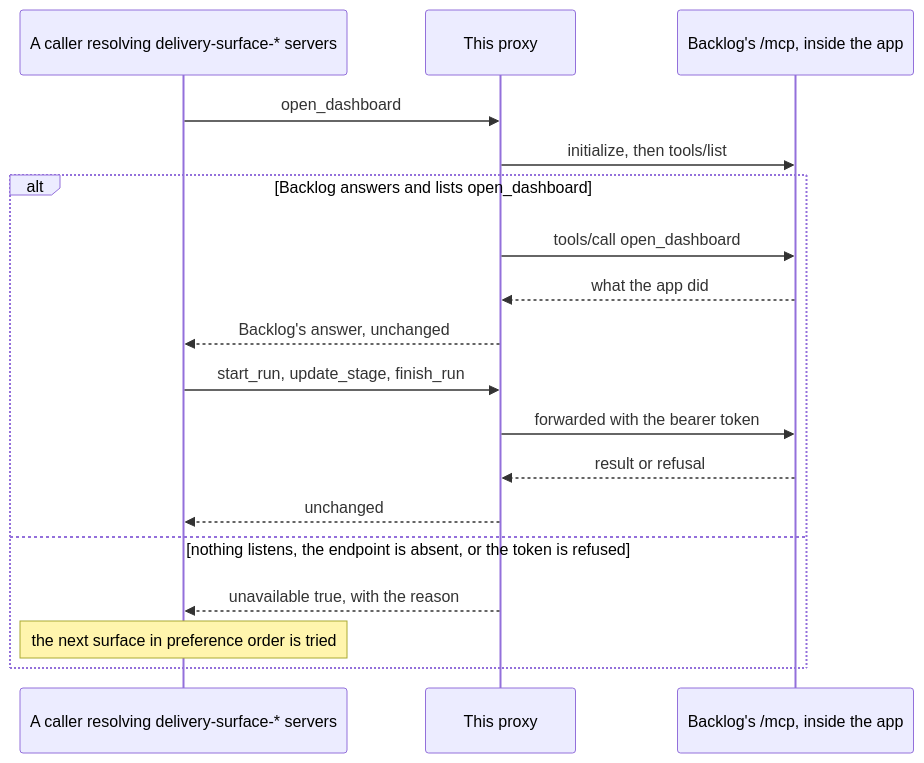
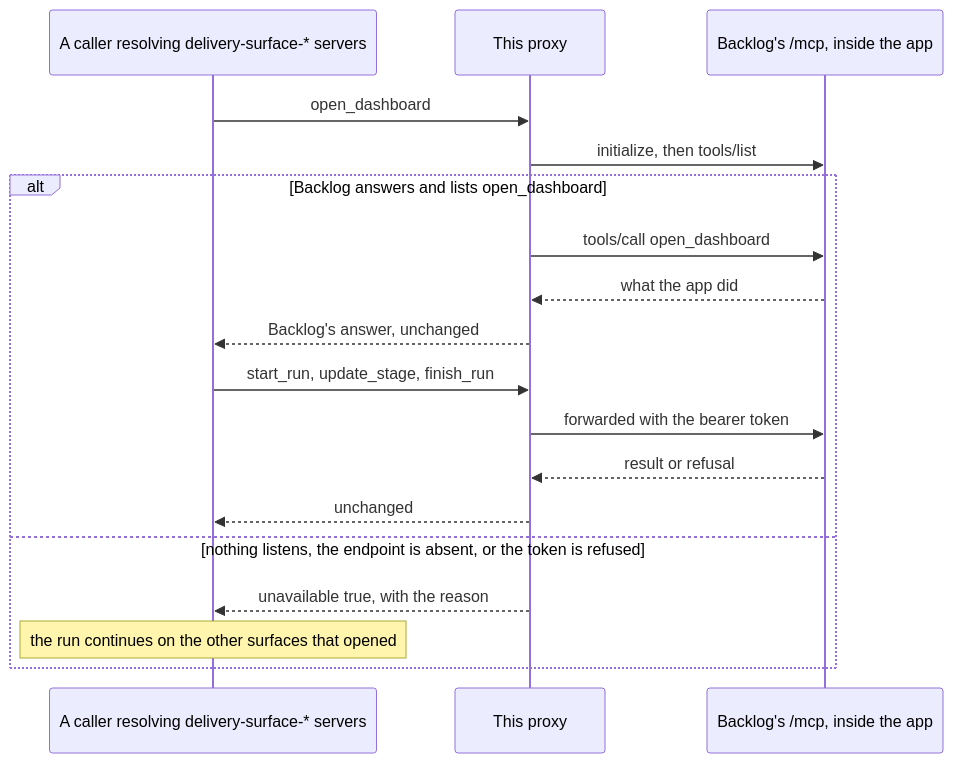
Before and after one commit to JSdotNet/devbook: the diagram in .devbook/arc42/building-blocks/delivery-surface-backlog.md, drawn with Mermaid. The commit also changed other lines of this file and 13 other files, not shown here.

````diff
--- a/.devbook/arc42/building-blocks/delivery-surface-backlog.md
+++ b/.devbook/arc42/building-blocks/delivery-surface-backlog.md
@@ -111,21 +111,21 @@
 ```mermaid
 sequenceDiagram
     participant C as A caller resolving delivery-surface-* servers
     participant P as This proxy
     participant B as Backlog's /mcp, inside the app
 
     C->>P: open_dashboard
     P->>B: initialize, then tools/list
     alt Backlog answers and lists open_dashboard
         P->>B: tools/call open_dashboard
         B-->>P: what the app did
         P-->>C: Backlog's answer, unchanged
         C->>P: start_run, update_stage, finish_run
         P->>B: forwarded with the bearer token
         B-->>P: result or refusal
         P-->>C: unchanged
     else nothing listens, the endpoint is absent, or the token is refused
         P-->>C: unavailable true, with the reason
-        Note over C: the next surface in preference order is tried
+        Note over C: the run continues on the other surfaces that opened
     end
 ```
````
